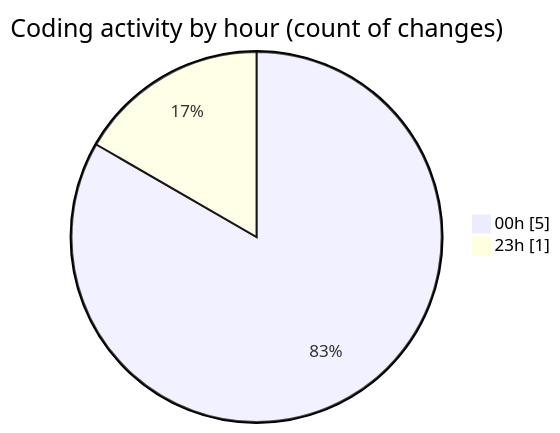
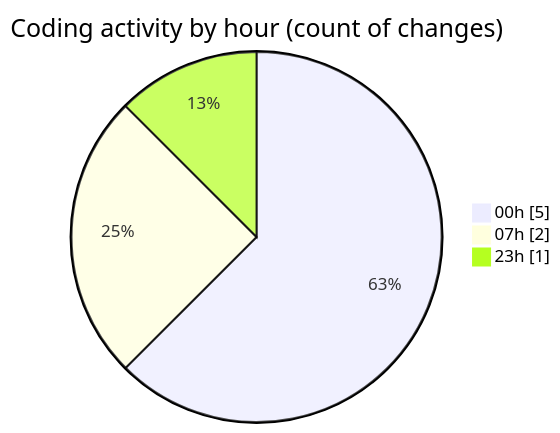
Before and after one commit to Elitesun/code-tracking: the second of 2 diagrams in 2025-04-11/product-page/README.md, drawn with Mermaid. The commit also changed other lines of this file and 1 other file, not shown here.

````diff
--- a/2025-04-11/product-page/README.md
+++ b/2025-04-11/product-page/README.md
@@ -32,6 +35,7 @@
 ```mermaid
 pie showData
 title Coding activity by hour (count of changes)
 "00h" : 5
+"07h" : 2
 "23h" : 1
 ```
````
